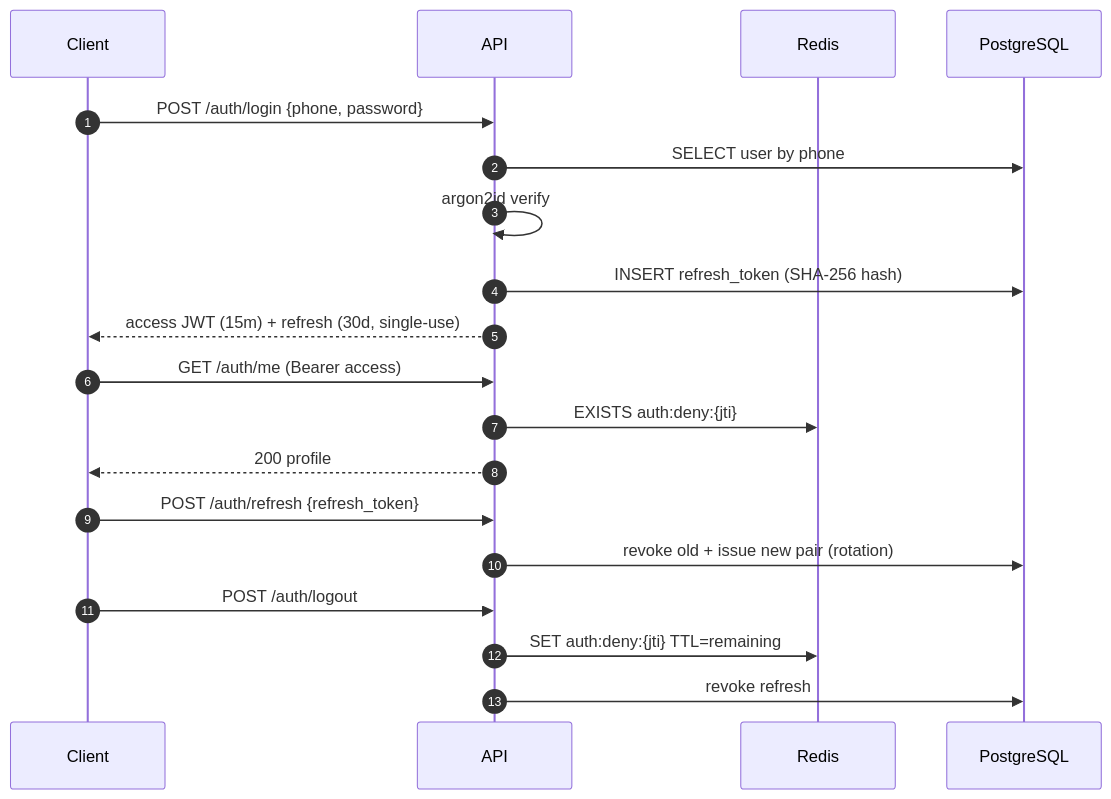
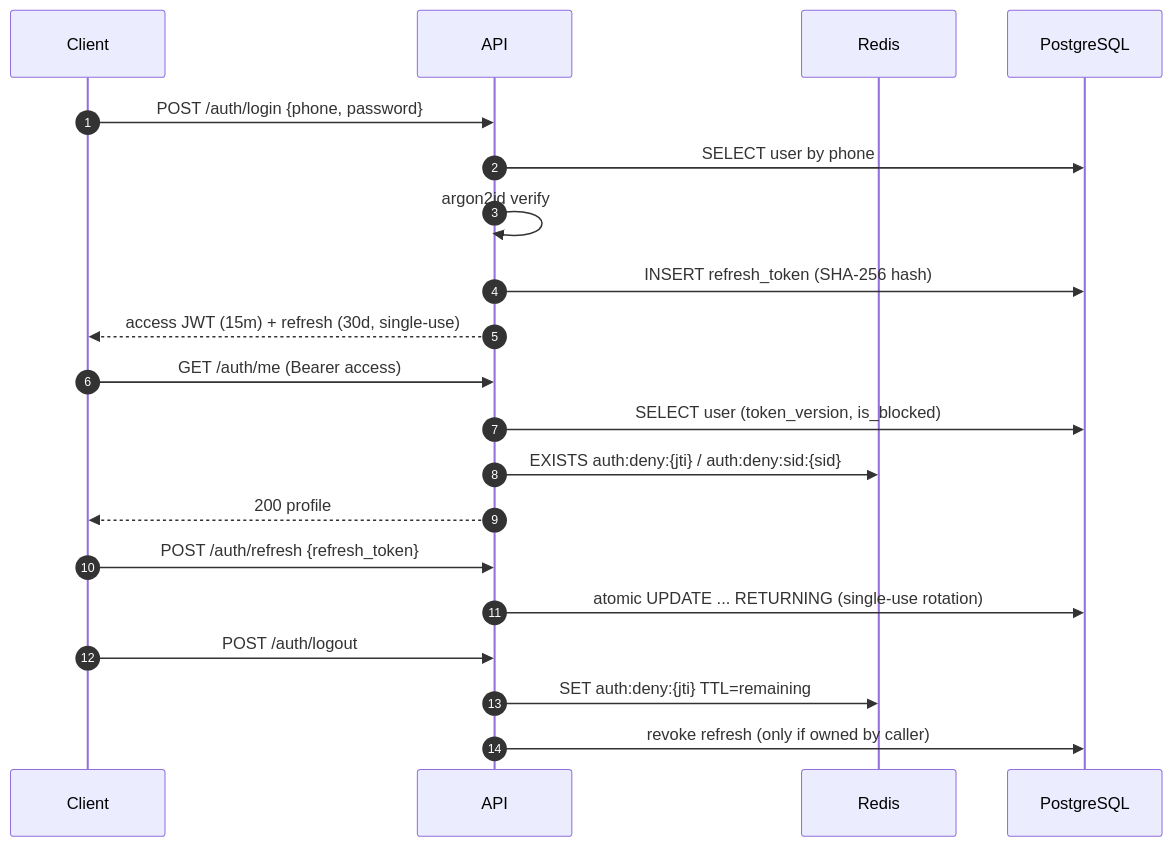
Before and after one commit to JamikKhidirov/GetContactBackend: the second of 3 diagrams in README.md, drawn with Mermaid. The commit also changed other lines of this file and 46 other files, not shown here.

First line of the commit message:
fix: harden auth and session security, refresh API contract

````diff
--- a/README.md
+++ b/README.md
@@ -228,22 +243,23 @@
 ```mermaid
 sequenceDiagram
     autonumber
     participant C as Client
     participant A as API
     participant R as Redis
     participant P as PostgreSQL
 
     C->>A: POST /auth/login {phone, password}
     A->>P: SELECT user by phone
     A->>A: argon2id verify
     A->>P: INSERT refresh_token (SHA-256 hash)
     A-->>C: access JWT (15m) + refresh (30d, single-use)
     C->>A: GET /auth/me (Bearer access)
-    A->>R: EXISTS auth:deny:{jti}
+    A->>P: SELECT user (token_version, is_blocked)
+    A->>R: EXISTS auth:deny:{jti} / auth:deny:sid:{sid}
     A-->>C: 200 profile
     C->>A: POST /auth/refresh {refresh_token}
-    A->>P: revoke old + issue new pair (rotation)
+    A->>P: atomic UPDATE ... RETURNING (single-use rotation)
     C->>A: POST /auth/logout
     A->>R: SET auth:deny:{jti} TTL=remaining
-    A->>P: revoke refresh
+    A->>P: revoke refresh (only if owned by caller)
 ```
````
